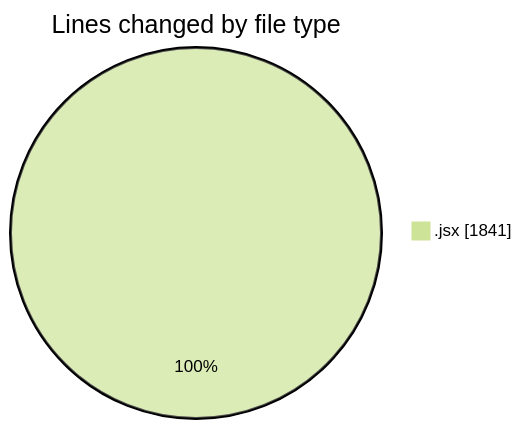
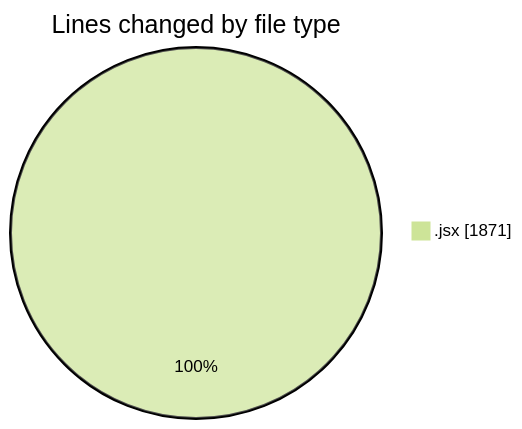
The first of 2 diagrams in 2025-05-10/argos-dev/README.md (nxtqubesakshisongat/code-tracking), drawn with Mermaid (forest theme) before and after one commit. The commit also changed other lines of this file and 1 other file, not shown here.

````diff
--- a/2025-05-10/argos-dev/README.md
+++ b/2025-05-10/argos-dev/README.md
@@ -21,5 +21,5 @@
 ```mermaid
 pie showData
 title Lines changed by file type
-".jsx" : 1841
+".jsx" : 1871
 ```
````
